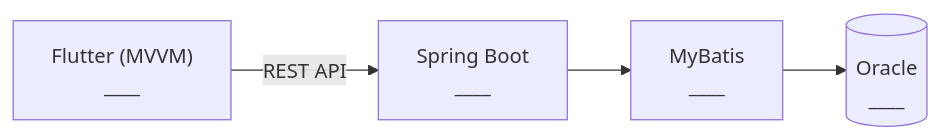
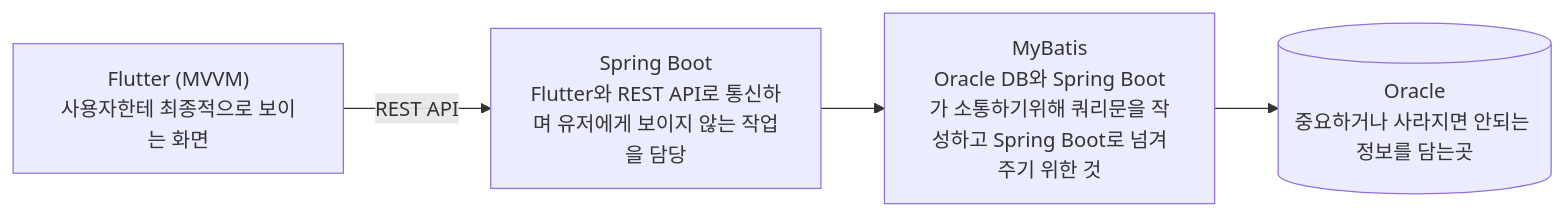
One commit to justforwork89/DY_SW_Development_Learning changed the diagram in LMS_산출물_코칭_환경설정/산출물/양식/01_프로젝트계획서_양식.md. Above: the diagram before and after it, drawn with Mermaid. The commit also changed other lines of this file, not shown here.

````diff
--- a/LMS_산출물_코칭_환경설정/산출물/양식/01_프로젝트계획서_양식.md
+++ b/LMS_산출물_코칭_환경설정/산출물/양식/01_프로젝트계획서_양식.md
@@ -36,6 +36,6 @@
 ```mermaid
 flowchart LR
-  A["Flutter (MVVM)<br>____"] -->|REST API| B["Spring Boot<br>____"]
-  B --> C["MyBatis<br>____"]
-  C --> D[("Oracle<br>____")]
+  A["Flutter (MVVM)<br>사용자한테 최종적으로 보이는 화면"] -->|REST API| B["Spring Boot<br>Flutter와 REST API로 통신하며 유저에게 보이지 않는 작업을 담당"]
+  B --> C["MyBatis<br>Oracle DB와 Spring Boot가 소통하기위해 쿼리문을 작성하고 Spring Boot로 넘겨주기 위한 것"]
+  C --> D[("Oracle<br>중요하거나 사라지면 안되는 정보를 담는곳")]
 ```
````
